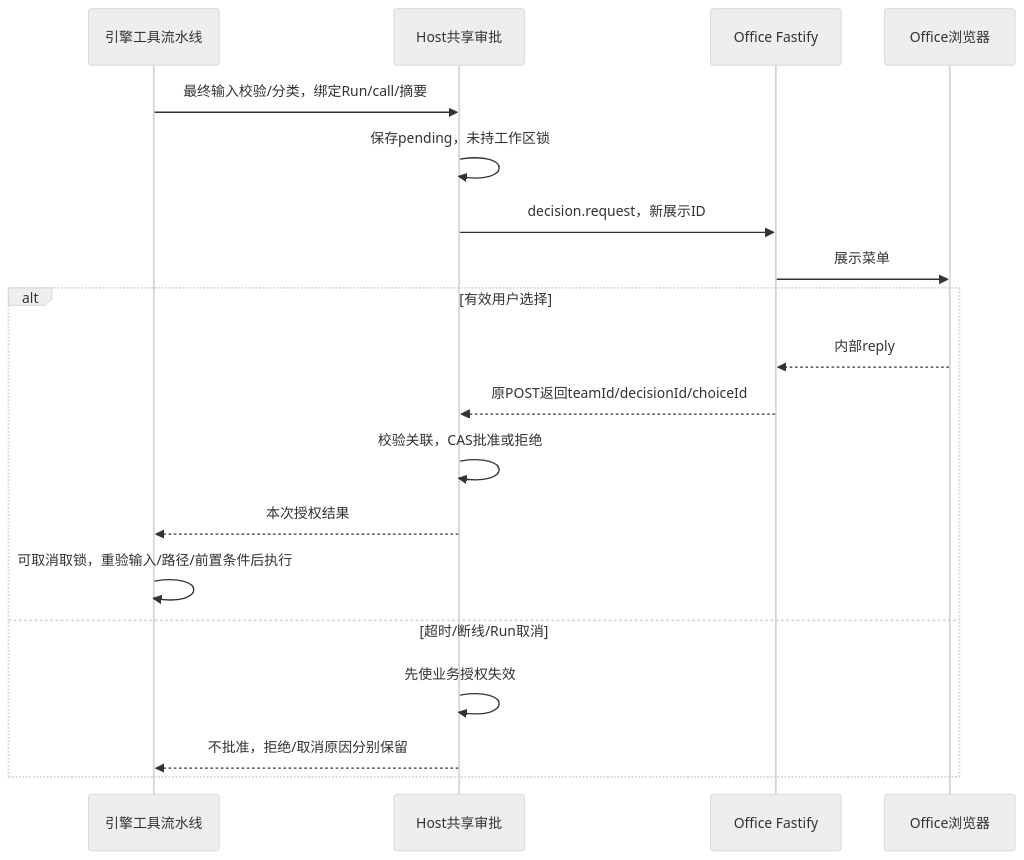
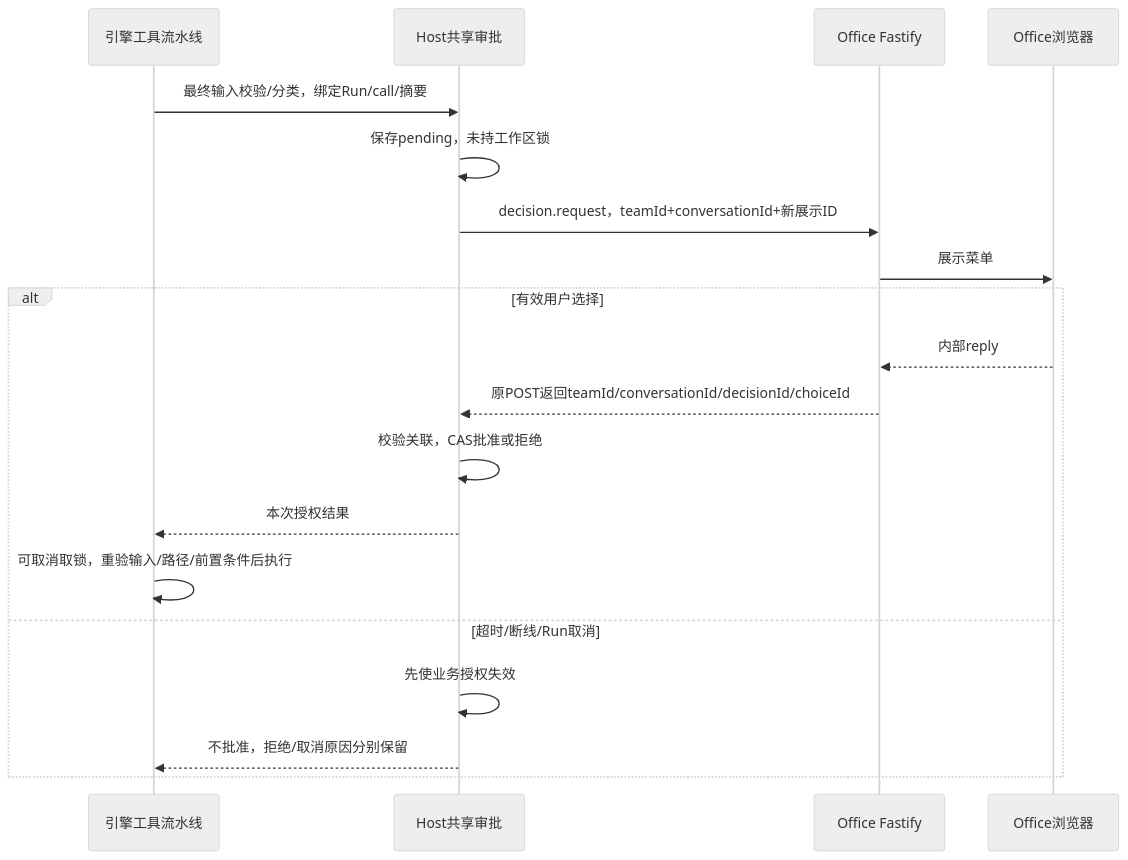
The sixth of 9 diagrams in docs/engine-host/master.md (KunlunMeta-Limited/openpaw), drawn with Mermaid (neutral theme) before and after one commit. The commit also changed other lines of this file and 27 other files, not shown here.

```diff
--- a/docs/engine-host/master.md
+++ b/docs/engine-host/master.md
@@ -454,21 +443,21 @@
 ~~~mermaid
 sequenceDiagram
     participant E as 引擎工具流水线
     participant A as Host共享审批
     participant F as Office Fastify
     participant B as Office浏览器
     E->>A: 最终输入校验/分类，绑定Run/call/摘要
     A->>A: 保存pending，未持工作区锁
-    A->>F: decision.request，新展示ID
+    A->>F: decision.request，teamId+conversationId+新展示ID
     F->>B: 展示菜单
     alt 有效用户选择
         B-->>F: 内部reply
-        F-->>A: 原POST返回teamId/decisionId/choiceId
+        F-->>A: 原POST返回teamId/conversationId/decisionId/choiceId
         A->>A: 校验关联，CAS批准或拒绝
         A-->>E: 本次授权结果
         E->>E: 可取消取锁，重验输入/路径/前置条件后执行
     else 超时/断线/Run取消
         A->>A: 先使业务授权失效
         A-->>E: 不批准，拒绝/取消原因分别保留
     end
 ~~~
```
